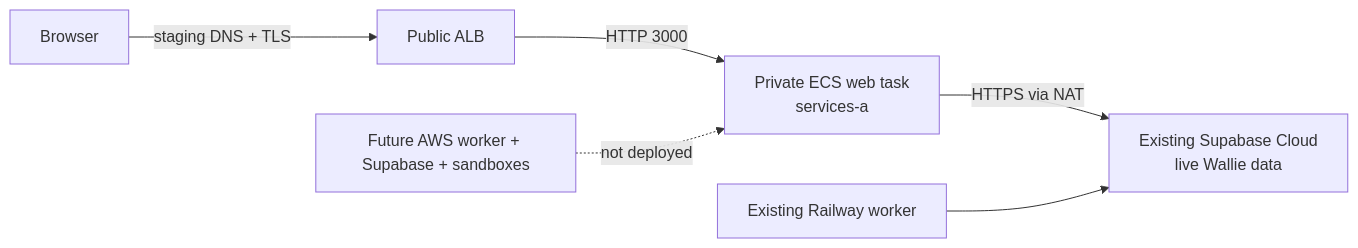
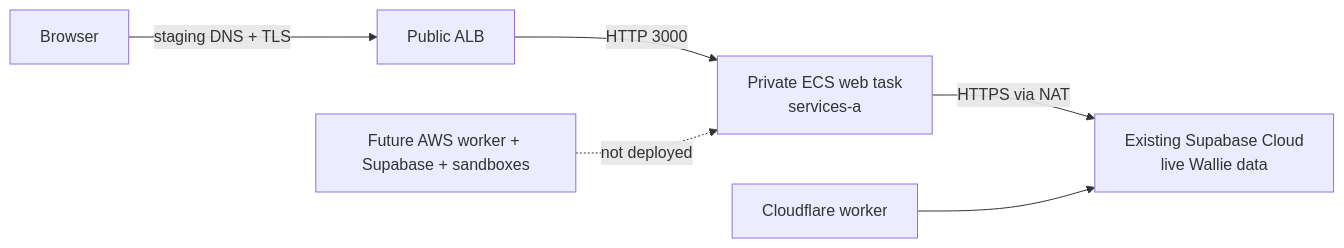
One commit to anantjain-xyz/wallie-dev changed the diagram in docs/AWS-STAGING-MILESTONE.md. Above: the diagram before and after it, drawn with Mermaid. The commit also changed other lines of this file and 5 other files, not shown here.

First line of the commit message:
Align check docs with the Cloudflare worker (#567)

````diff
--- a/docs/AWS-STAGING-MILESTONE.md
+++ b/docs/AWS-STAGING-MILESTONE.md
@@ -5,8 +5,8 @@
 ```mermaid
 flowchart LR
   browser[Browser] -->|staging DNS + TLS| alb[Public ALB]
   alb -->|HTTP 3000| web[Private ECS web task<br/>services-a]
   web -->|HTTPS via NAT| hosted[Existing Supabase Cloud<br/>live Wallie data]
-  railway[Existing Railway worker] --> hosted
+  worker[Cloudflare worker] --> hosted
   future[Future AWS worker + Supabase + sandboxes] -. not deployed .-> web
 ```
````
